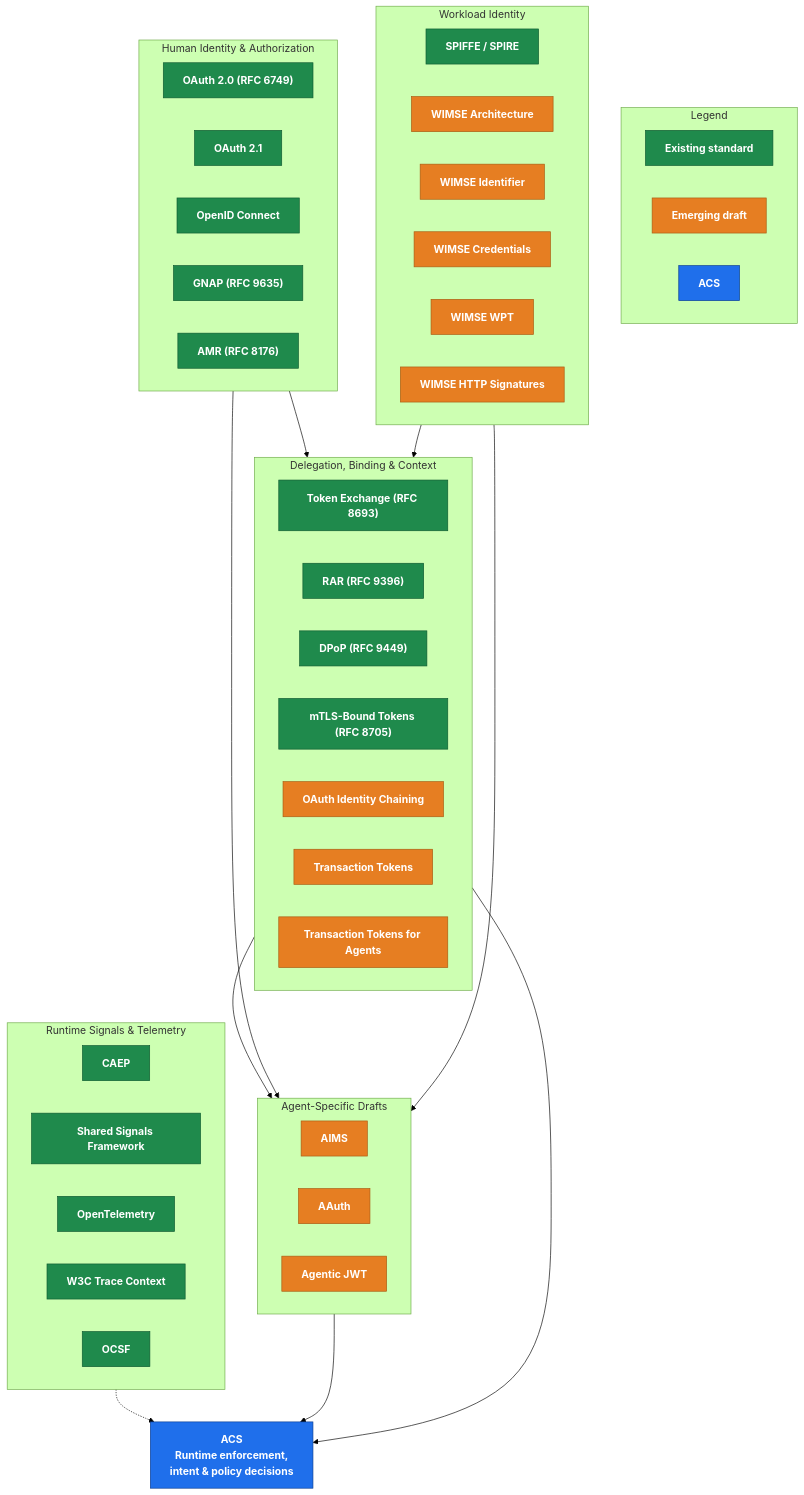
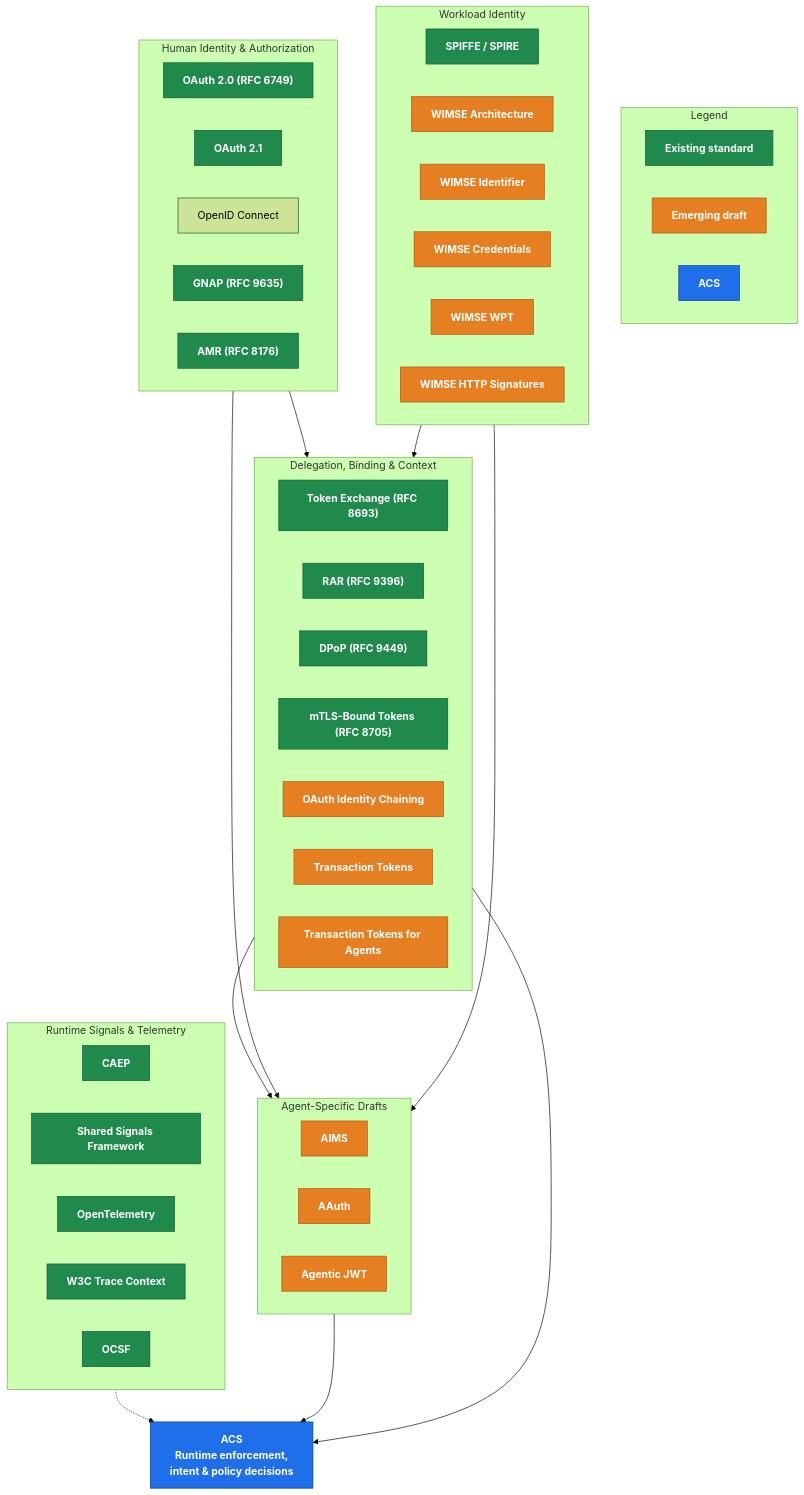
One commit to Agent-Control-Standard/ACS changed the diagram in identity/standards.md. Above: the diagram before and after it, drawn with Mermaid (forest theme). The commit also changed other lines of this file, not shown here.

````diff
--- a/identity/standards.md
+++ b/identity/standards.md
@@ -25,65 +25,65 @@
 ```mermaid
 flowchart TB
     subgraph Legend["Legend"]
         direction LR
         L1["Existing standard"]:::existing
         L2["Emerging draft"]:::emerging
         L3["ACS"]:::acs
     end
 
     subgraph Human["Human Identity & Authorization"]
         OAuth20["OAuth 2.0 (RFC 6749)"]:::existing
         OAuth21["OAuth 2.1"]:::existing
-        OIDC["OpenID Connect"]:::existing
+        OIDC["OpenID Connect"]:::existingF
         GNAP["GNAP (RFC 9635)"]:::existing
         AMR["AMR (RFC 8176)"]:::existing
     end
 
     subgraph Workload["Workload Identity"]
         SPIFFE["SPIFFE / SPIRE"]:::existing
         WIMSE_ARCH["WIMSE Architecture"]:::emerging
         WIMSE_ID["WIMSE Identifier"]:::emerging
         WIMSE_CRED["WIMSE Credentials"]:::emerging
         WIMSE_WPT["WIMSE WPT"]:::emerging
         WIMSE_SIG["WIMSE HTTP Signatures"]:::emerging
     end
 
     subgraph Delegation["Delegation, Binding & Context"]
         TOKEX["Token Exchange (RFC 8693)"]:::existing
         RAR["RAR (RFC 9396)"]:::existing
         DPOP["DPoP (RFC 9449)"]:::existing
         MTLS["mTLS-Bound Tokens (RFC 8705)"]:::existing
         CHAIN["OAuth Identity Chaining"]:::emerging
         TXTOK["Transaction Tokens"]:::emerging
         TXTOK_A["Transaction Tokens for Agents"]:::emerging
     end
 
     subgraph Agents["Agent-Specific Drafts"]
         AIMS["AIMS"]:::emerging
         AAUTH["AAuth"]:::emerging
         AJWT["Agentic JWT"]:::emerging
     end
 
     subgraph Signals["Runtime Signals & Telemetry"]
         CAEP["CAEP"]:::existing
         SSF["Shared Signals Framework"]:::existing
         OTEL["OpenTelemetry"]:::existing
         TRACE["W3C Trace Context"]:::existing
         OCSF["OCSF"]:::existing
     end
 
     Human --> Delegation
     Workload --> Delegation
     Delegation --> Agents
     Human --> Agents
     Workload --> Agents
     Signals -.-> ACS
     Agents --> ACS
     Delegation --> ACS
 
     ACS["ACS<br/>Runtime enforcement,<br/>intent &amp; policy decisions"]:::acs
 
     classDef existing fill:#1f8a4c,stroke:#0e5a30,color:#fff,font-weight:bold;
     classDef emerging fill:#e67e22,stroke:#a85a10,color:#fff,font-weight:bold;
     classDef acs fill:#1f6feb,stroke:#0b3d91,color:#fff,font-weight:bold;
 ```
````
